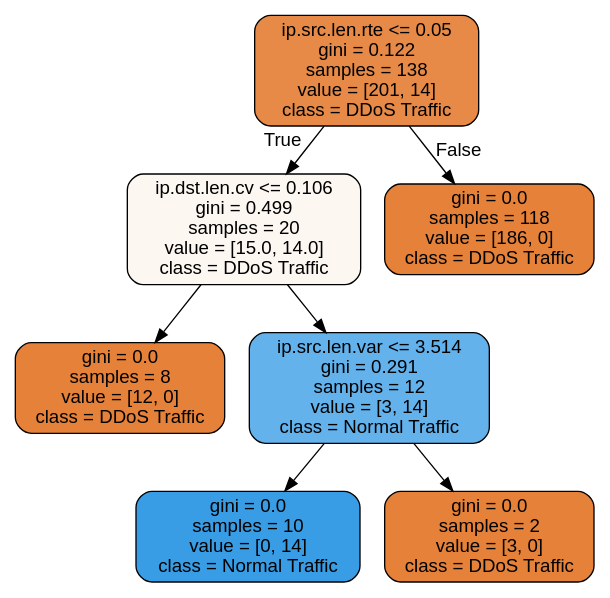
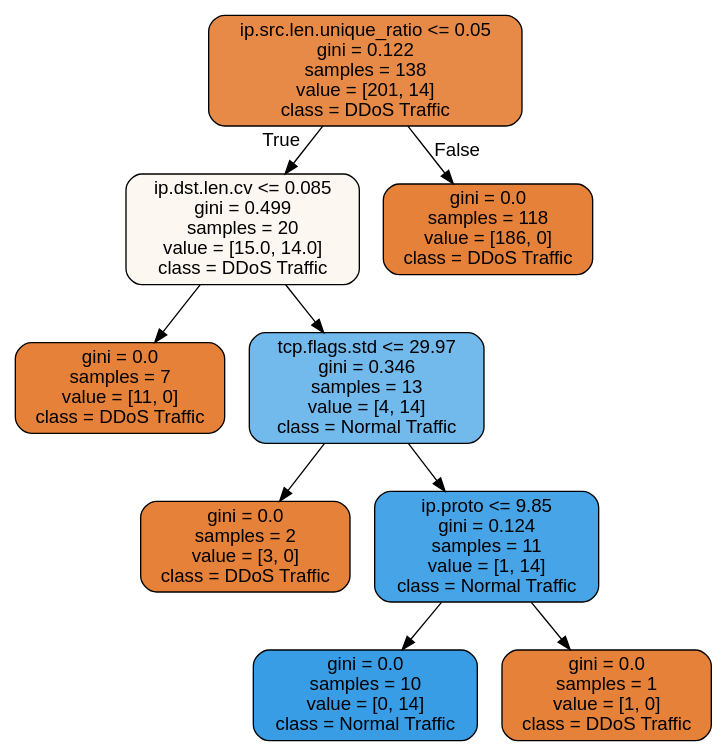
One commit to raghiahaidari/Cyber-Threat-Detection-with-ML changed the diagram in backend/machine_learning/forest.dot. Above: the diagram before and after it, drawn with Graphviz. The commit also changed 21 other files, not shown here.

```diff
--- a/backend/machine_learning/forest.dot
+++ b/backend/machine_learning/forest.dot
@@ -1,17 +1,21 @@
 digraph Tree {
 node [shape=box, style="filled, rounded", color="black", fontname="helvetica"] ;
 edge [fontname="helvetica"] ;
-0 [label="ip.src.len.rte <= 0.05\ngini = 0.122\nsamples = 138\nvalue = [201, 14]\nclass = DDoS Traffic", fillcolor="#e78a47"] ;
-1 [label="ip.dst.len.cv <= 0.106\ngini = 0.499\nsamples = 20\nvalue = [15.0, 14.0]\nclass = DDoS Traffic", fillcolor="#fdf7f2"] ;
+0 [label="ip.src.len.unique_ratio <= 0.05\ngini = 0.122\nsamples = 138\nvalue = [201, 14]\nclass = DDoS Traffic", fillcolor="#e78a47"] ;
+1 [label="ip.dst.len.cv <= 0.085\ngini = 0.499\nsamples = 20\nvalue = [15.0, 14.0]\nclass = DDoS Traffic", fillcolor="#fdf7f2"] ;
 0 -> 1 [labeldistance=2.5, labelangle=45, headlabel="True"] ;
-2 [label="gini = 0.0\nsamples = 8\nvalue = [12, 0]\nclass = DDoS Traffic", fillcolor="#e58139"] ;
+2 [label="gini = 0.0\nsamples = 7\nvalue = [11, 0]\nclass = DDoS Traffic", fillcolor="#e58139"] ;
 1 -> 2 ;
-3 [label="ip.src.len.var <= 3.514\ngini = 0.291\nsamples = 12\nvalue = [3, 14]\nclass = Normal Traffic", fillcolor="#63b2eb"] ;
+3 [label="tcp.flags.std <= 29.97\ngini = 0.346\nsamples = 13\nvalue = [4, 14]\nclass = Normal Traffic", fillcolor="#72b9ec"] ;
 1 -> 3 ;
-4 [label="gini = 0.0\nsamples = 10\nvalue = [0, 14]\nclass = Normal Traffic", fillcolor="#399de5"] ;
+4 [label="gini = 0.0\nsamples = 2\nvalue = [3, 0]\nclass = DDoS Traffic", fillcolor="#e58139"] ;
 3 -> 4 ;
-5 [label="gini = 0.0\nsamples = 2\nvalue = [3, 0]\nclass = DDoS Traffic", fillcolor="#e58139"] ;
+5 [label="ip.proto <= 9.85\ngini = 0.124\nsamples = 11\nvalue = [1, 14]\nclass = Normal Traffic", fillcolor="#47a4e7"] ;
 3 -> 5 ;
-6 [label="gini = 0.0\nsamples = 118\nvalue = [186, 0]\nclass = DDoS Traffic", fillcolor="#e58139"] ;
-0 -> 6 [labeldistance=2.5, labelangle=-45, headlabel="False"] ;
+6 [label="gini = 0.0\nsamples = 10\nvalue = [0, 14]\nclass = Normal Traffic", fillcolor="#399de5"] ;
+5 -> 6 ;
+7 [label="gini = 0.0\nsamples = 1\nvalue = [1, 0]\nclass = DDoS Traffic", fillcolor="#e58139"] ;
+5 -> 7 ;
+8 [label="gini = 0.0\nsamples = 118\nvalue = [186, 0]\nclass = DDoS Traffic", fillcolor="#e58139"] ;
+0 -> 8 [labeldistance=2.5, labelangle=-45, headlabel="False"] ;
 }
```
